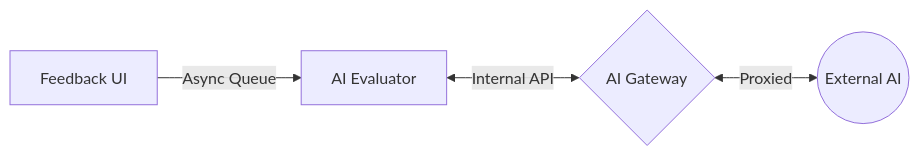
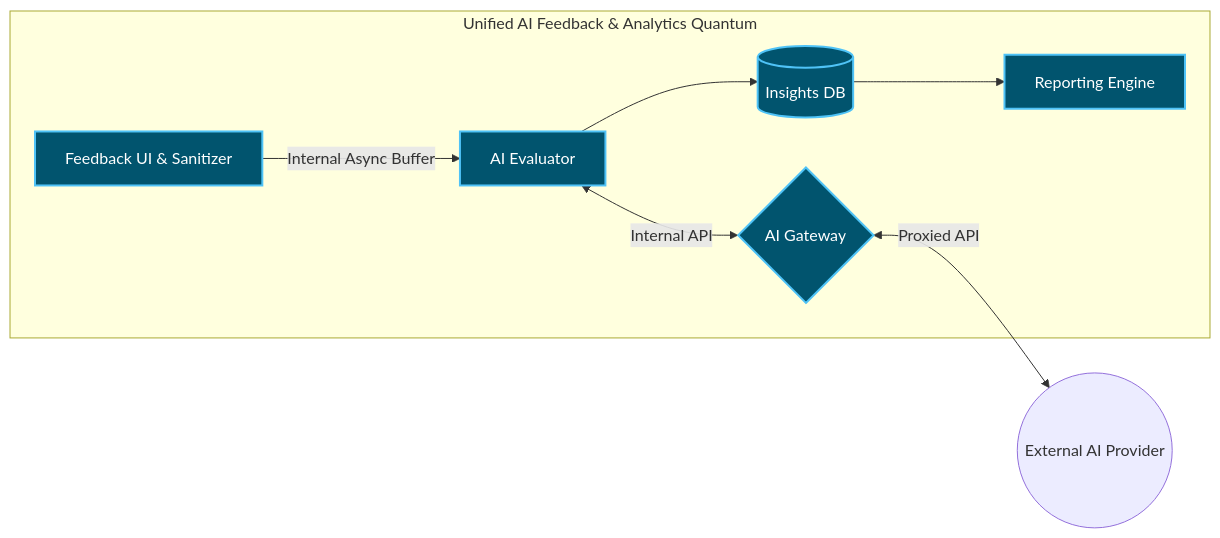
The first of 2 diagrams in ADR/adr-006-ai-feedback-evaluation-and-reporting.md (santhosh-challa/ground-truth), drawn with Mermaid before and after one commit. The commit also changed other lines of this file and 2 other files, not shown here.

Commit message:
Refactored feedback pipeline to single unified quantum

````diff
--- a/ADR/adr-006-ai-feedback-evaluation-and-reporting.md
+++ b/ADR/adr-006-ai-feedback-evaluation-and-reporting.md
@@ -25,6 +25,14 @@
 ```mermaid
 graph LR
-    A[Feedback UI] -->|Async Queue| B[AI Evaluator]
-    B <-->|Internal API| C{AI Gateway}
-    C <-->|Proxied| D((External AI))
+    subgraph Unified Architecture Quantum [Unified AI Feedback & Analytics Quantum]
+        A[Feedback UI & Sanitizer] -->|Internal Async Buffer| B[AI Evaluator]
+        B <-->|Internal API| C{AI Gateway}
+        E[(Insights DB)]
+        B --> E
+        E --> F[Reporting Engine]
+    end
+    C <-->|Proxied API| D((External AI Provider))
+    
+    classDef quantum fill:#01546e,stroke:#4fc3f7,stroke-width:2px,color:#fff;
+    class A,B,C,E,F quantum;
 ```
````
